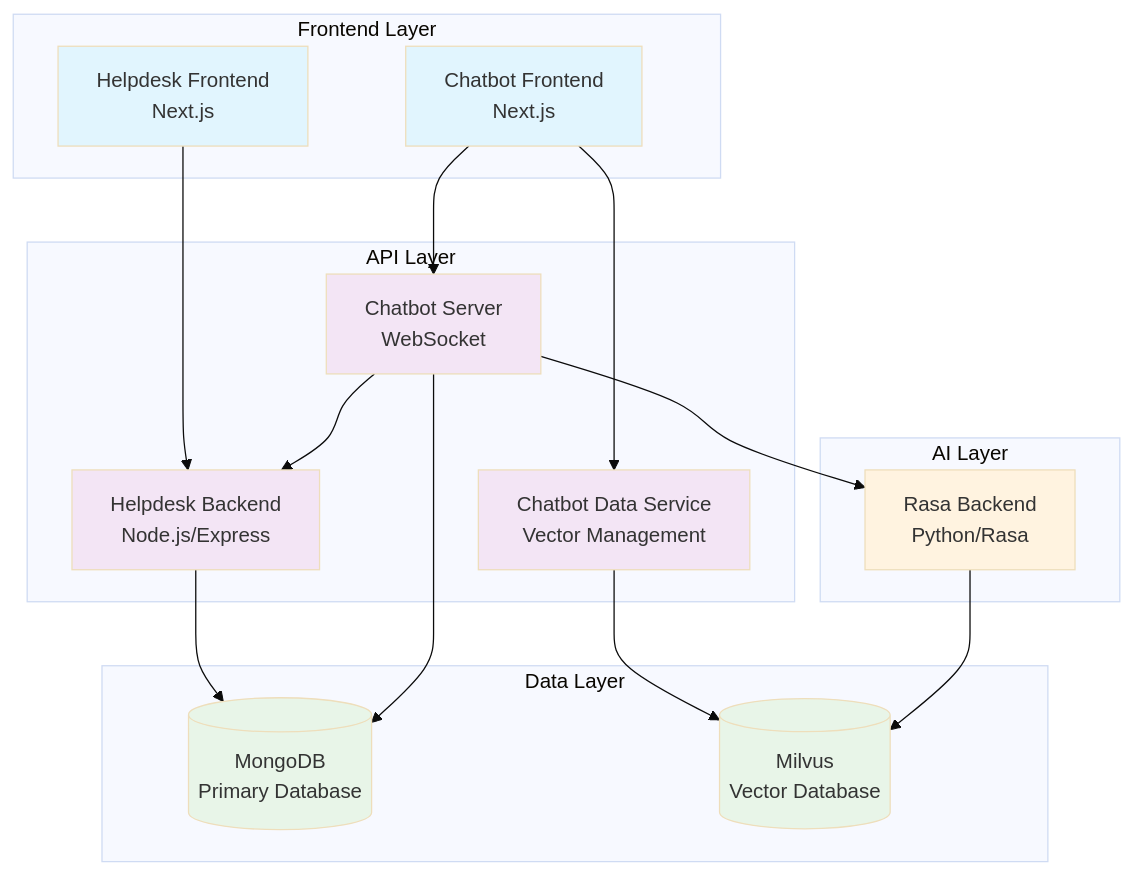
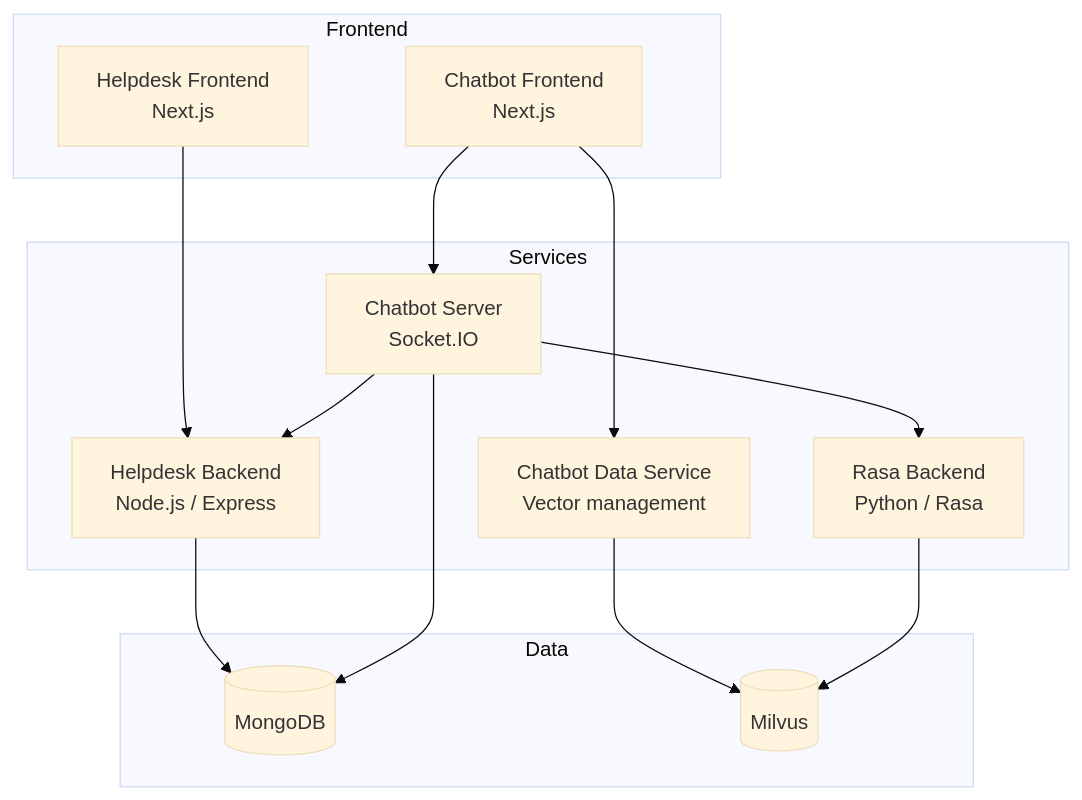
One commit to glitchbytez/automated-helpdesk changed the diagram in README.md. Above: the diagram before and after it, drawn with Mermaid (base theme). The commit also changed other lines of this file, not shown here.

````diff
--- a/README.md
+++ b/README.md
@@ -51,41 +25,29 @@
 ```mermaid
 graph TB
-    subgraph "Frontend Layer"
+    subgraph Frontend
         HF[Helpdesk Frontend<br/>Next.js]
         CF[Chatbot Frontend<br/>Next.js]
     end
-    
-    subgraph "API Layer"
-        HB[Helpdesk Backend<br/>Node.js/Express]
-        CS[Chatbot Server<br/>WebSocket]
-        CDS[Chatbot Data Service<br/>Vector Management]
+
+    subgraph Services
+        HB[Helpdesk Backend<br/>Node.js / Express]
+        CS[Chatbot Server<br/>Socket.IO]
+        CDS[Chatbot Data Service<br/>Vector management]
+        RB[Rasa Backend<br/>Python / Rasa]
     end
-    
-    subgraph "AI Layer"
-        RB[Rasa Backend<br/>Python/Rasa]
+
+    subgraph Data
+        MDB[(MongoDB)]
+        MVS[(Milvus)]
     end
-    
-    subgraph "Data Layer"
-        MDB[(MongoDB<br/>Primary Database)]
-        MVS[(Milvus<br/>Vector Database)]
-    end
-    
+
     HF --> HB
     CF --> CS
     CF --> CDS
     CS --> HB
     CS --> RB
     CDS --> MVS
     RB --> MVS
     HB --> MDB
     CS --> MDB
-    
-    style HF fill:#e1f5fe
-    style CF fill:#e1f5fe
-    style HB fill:#f3e5f5
-    style CS fill:#f3e5f5
-    style CDS fill:#f3e5f5
-    style RB fill:#fff3e0
-    style MDB fill:#e8f5e8
-    style MVS fill:#e8f5e8
 ```
````
